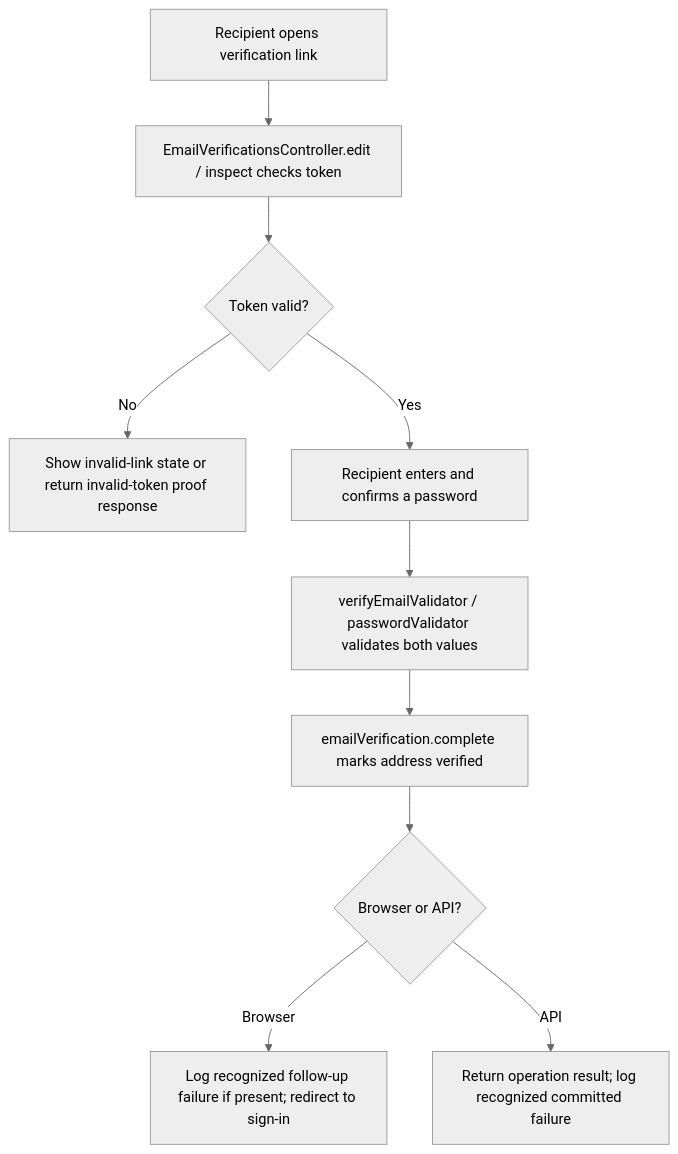
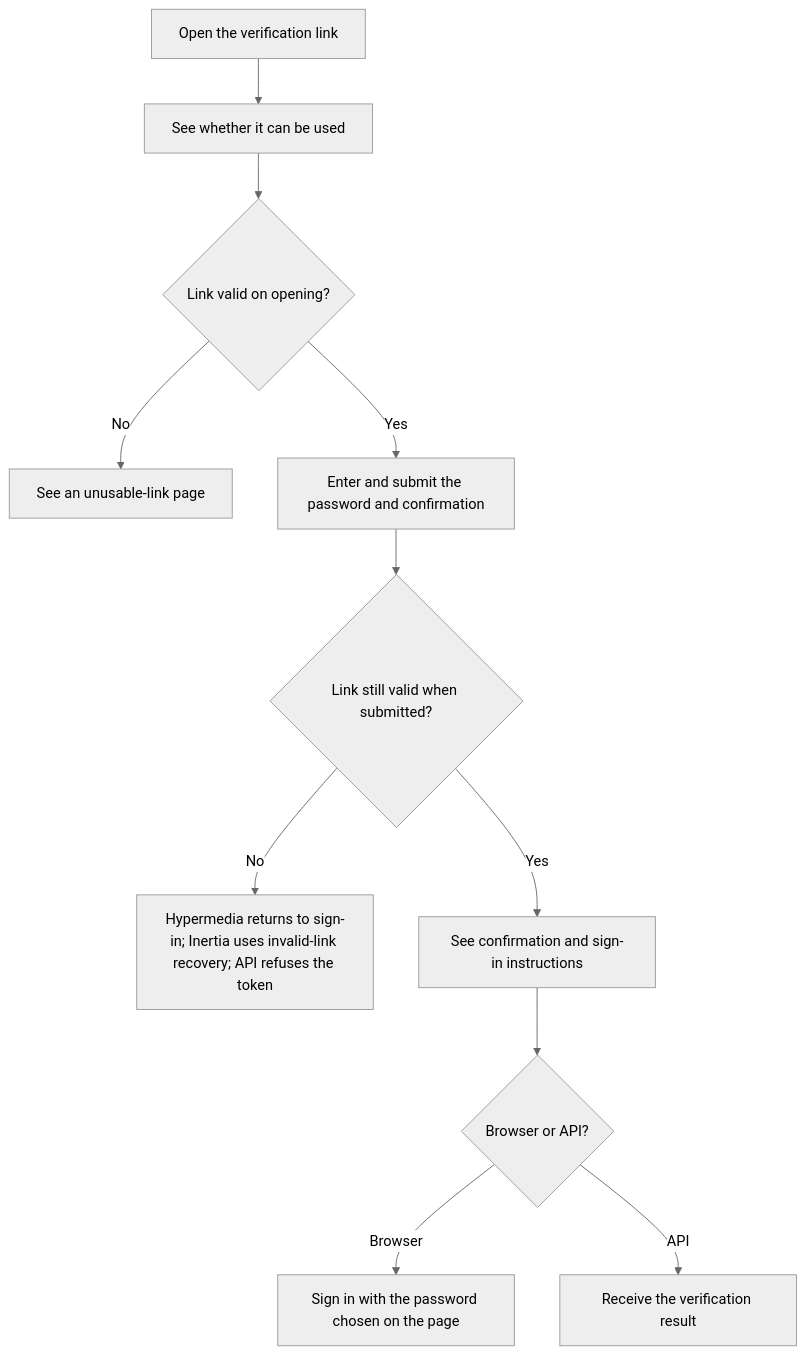
The first of 2 diagrams in user-stories/accounts/us-account-11-complete-email-verification.md (Kevinjohn/oss-adonisjs-starter-examples), drawn with Mermaid (neutral theme) before and after one commit. The commit also changed other lines of this file and 29 other files, not shown here.

````diff
--- a/user-stories/accounts/us-account-11-complete-email-verification.md
+++ b/user-stories/accounts/us-account-11-complete-email-verification.md
@@ -27,12 +27,13 @@
 ```mermaid
 flowchart TD
-    A["Recipient opens verification link"] --> B["EmailVerificationsController.edit / inspect checks token"]
-    B --> C{"Token valid?"}
-    C -->|No| D["Show invalid-link state or return invalid-token proof response"]
-    C -->|Yes| E["Recipient enters and confirms a password"]
-    E --> F["verifyEmailValidator / passwordValidator validates both values"]
-    F --> G["emailVerification.complete marks address verified"]
-    G --> H{"Browser or API?"}
-    H -->|Browser| I["Log recognized follow-up failure if present; redirect to sign-in"]
-    H -->|API| J["Return operation result; log recognized committed failure"]
+    A["Open the verification link"] --> B["See whether it can be used"]
+    B --> C{"Link valid on opening?"}
+    C -->|No| D["See an unusable-link page"]
+    C -->|Yes| E["Enter and submit the password and confirmation"]
+    E --> F{"Link still valid when submitted?"}
+    F -->|No| G["Hypermedia returns to sign-in; Inertia uses invalid-link recovery; API refuses the token"]
+    F -->|Yes| H["See confirmation and sign-in instructions"]
+    H --> I{"Browser or API?"}
+    I -->|Browser| J["Sign in with the password chosen on the page"]
+    I -->|API| K["Receive the verification result"]
 ```
````
